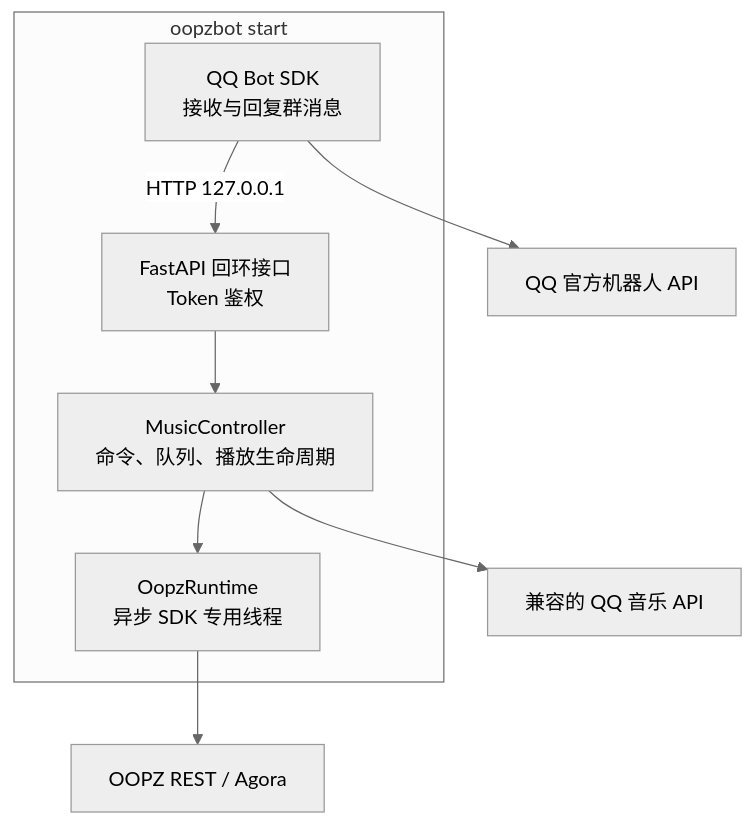
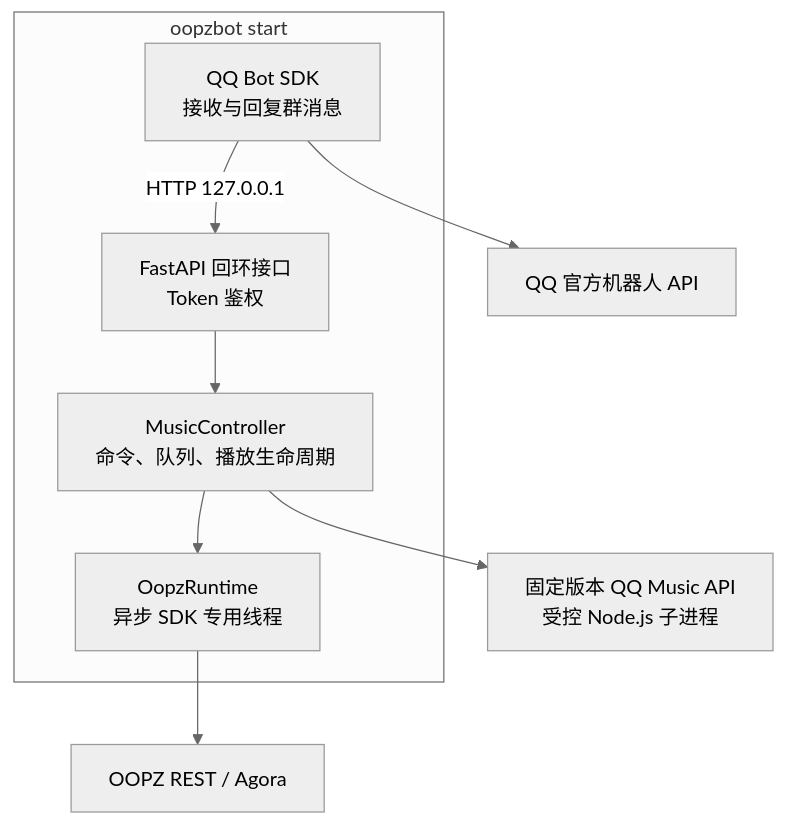
The first of 2 diagrams in docs/ARCHITECTURE.md (ji333abc/oopz-music-bot), drawn with Mermaid (neutral theme) before and after one commit. The commit also changed other lines of this file and 30 other files, not shown here.

````diff
--- a/docs/ARCHITECTURE.md
+++ b/docs/ARCHITECTURE.md
@@ -7,16 +7,16 @@
 ```mermaid
 flowchart TB
     subgraph Process["oopzbot start"]
         QQ["QQ Bot SDK\n接收与回复群消息"]
         API["FastAPI 回环接口\nToken 鉴权"]
         Controller["MusicController\n命令、队列、播放生命周期"]
         Runtime["OopzRuntime\n异步 SDK 专用线程"]
     end
 
     QQ -->|"HTTP 127.0.0.1"| API
     API --> Controller
     Controller --> Runtime
-    Controller --> MusicAPI["兼容的 QQ 音乐 API"]
+    Controller --> MusicAPI["固定版本 QQ Music API\n受控 Node.js 子进程"]
     Runtime --> OOPZ["OOPZ REST / Agora"]
     QQ --> QQCloud["QQ 官方机器人 API"]
 ```
````
